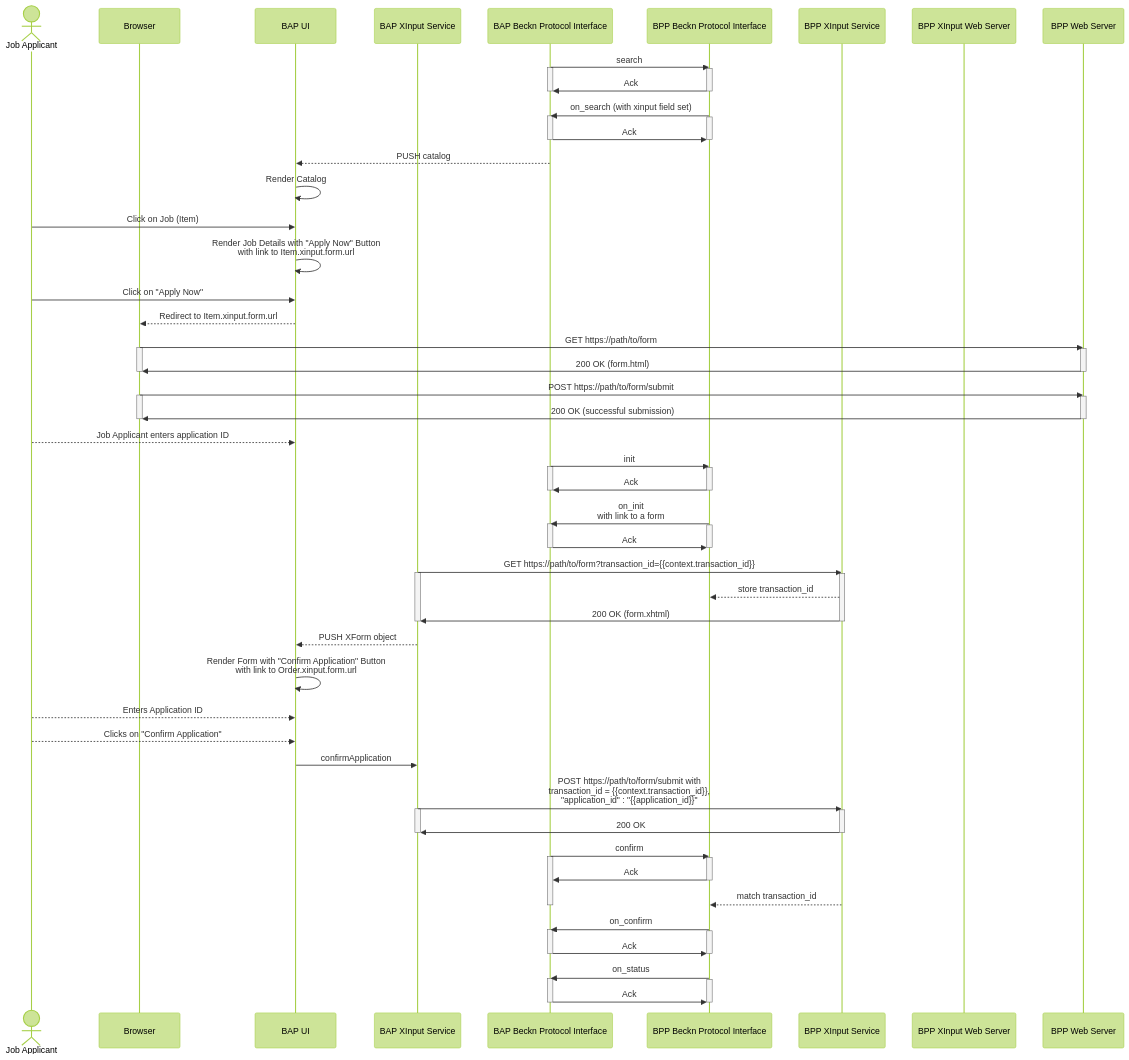
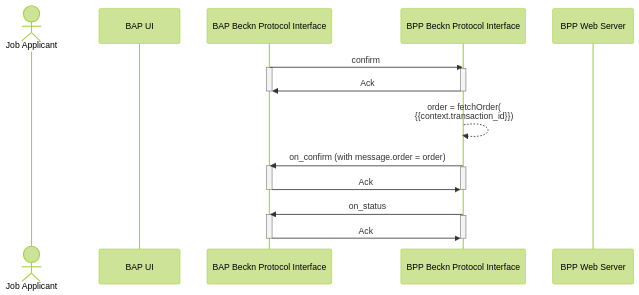
The third of 4 diagrams in docs/BECKN-007-The-XInput-Schema.md (beckn/protocol-specifications), drawn with Mermaid (forest theme) before and after one commit.

````diff
--- a/docs/BECKN-007-The-XInput-Schema.md
+++ b/docs/BECKN-007-The-XInput-Schema.md
@@ -375,87 +402,18 @@
 ```mermaid
     sequenceDiagram
     actor Job Applicant
-    participant Browser
     participant BAP UI
-    participant BAP XInput Service
     participant BAP Beckn Protocol Interface
     participant BPP Beckn Protocol Interface
-    participant BPP XInput Service
-    participant BPP XInput Web Server
-    BAP Beckn Protocol Interface->>BPP Beckn Protocol Interface: search
+    participant BPP Web Server
+    BAP Beckn Protocol Interface->>BPP Beckn Protocol Interface: confirm
     activate BAP Beckn Protocol Interface
     activate BPP Beckn Protocol Interface
     BPP Beckn Protocol Interface->>BAP Beckn Protocol Interface: Ack
     deactivate BPP Beckn Protocol Interface
     deactivate BAP Beckn Protocol Interface
-    BPP Beckn Protocol Interface->>BAP Beckn Protocol Interface: on_search (with xinput field set)
-    activate BAP Beckn Protocol Interface
-    activate BPP Beckn Protocol Interface
-    BAP Beckn Protocol Interface->>BPP Beckn Protocol Interface: Ack
-    deactivate BPP Beckn Protocol Interface
-    deactivate BAP Beckn Protocol Interface
-    BAP Beckn Protocol Interface -->> BAP UI: PUSH catalog
-    BAP UI ->> BAP UI: Render Catalog
-    Job Applicant ->> BAP UI: Click on Job (Item)
-    BAP UI ->> BAP UI: Render Job Details with "Apply Now" Button <br/> with link to Item.xinput.form.url
-    Job Applicant ->> BAP UI: Click on "Apply Now"
-    BAP UI -->> Browser: Redirect to Item.xinput.form.url
-    Browser ->> BPP Web Server: GET https://path/to/form
-    activate Browser
-    activate BPP Web Server
-    BPP Web Server ->> Browser: 200 OK (form.html)
-    deactivate Browser
-    deactivate BPP Web Server
-    Browser ->> BPP Web Server: POST https://path/to/form/submit
-    activate Browser
-    activate BPP Web Server
-    BPP Web Server ->> Browser: 200 OK (successful submission)
-    deactivate Browser
-    deactivate BPP Web Server
-    Job Applicant -->> BAP UI: Job Applicant enters application ID
-    BAP Beckn Protocol Interface->>BPP Beckn Protocol Interface: init
-    activate BAP Beckn Protocol Interface
-    activate BPP Beckn Protocol Interface
-    BPP Beckn Protocol Interface->>BAP Beckn Protocol Interface: Ack
-    deactivate BPP Beckn Protocol Interface
-    deactivate BAP Beckn Protocol Interface
-    BPP Beckn Protocol Interface->>BAP Beckn Protocol Interface: on_init <br/> with link to a form  
-    activate BAP Beckn Protocol Interface
-    activate BPP Beckn Protocol Interface
-    BAP Beckn Protocol Interface->>BPP Beckn Protocol Interface: Ack
-    deactivate BPP Beckn Protocol Interface
-    deactivate BAP Beckn Protocol Interface
-
-    % Get the form %
-    BAP XInput Service ->> BPP XInput Service: GET https://path/to/form?transaction_id={{context.transaction_id}}
-    activate BAP XInput Service 
-    activate BPP XInput Service
-    BPP XInput Service -->> BPP Beckn Protocol Interface: store transaction_id
-    BPP XInput Service ->> BAP XInput Service: 200 OK (form.xhtml)
-    deactivate BAP XInput Service
-    deactivate BPP XInput Service
-    BAP XInput Service -->> BAP UI: PUSH XForm object
-    BAP UI ->> BAP UI: Render Form with "Confirm Application" Button <br/> with link to Order.xinput.form.url
-    Job Applicant -->> BAP UI: Enters Application ID
-    Job Applicant -->> BAP UI: Clicks on "Confirm Application"
-    BAP UI ->> BAP XInput Service : confirmApplication
-    BAP XInput Service ->> BPP XInput Service: POST https://path/to/form/submit with <br/> transaction_id = {{context.transaction_id}}, <br/> "application_id" : "{{application_id}}" 
-    activate BAP XInput Service
-    activate BPP XInput Service
-    BPP XInput Service ->> BAP XInput Service: 200 OK
-    deactivate BAP XInput Service
-    deactivate BPP XInput Service
-
-
-    BAP Beckn Protocol Interface->>BPP Beckn Protocol Interface: confirm
-    activate BAP Beckn Protocol Interface
-    activate BPP Beckn Protocol Interface
-    BPP Beckn Protocol Interface->>BAP Beckn Protocol Interface: Ack
-    deactivate BPP Beckn Protocol Interface
-    BPP XInput Service -->> BPP Beckn Protocol Interface: match transaction_id
-  
-    deactivate BAP Beckn Protocol Interface
-    BPP Beckn Protocol Interface->>BAP Beckn Protocol Interface: on_confirm 
+    BPP Beckn Protocol Interface -->> BPP Beckn Protocol Interface: order = fetchOrder(<br/>{{context.transaction_id}})
+    BPP Beckn Protocol Interface->>BAP Beckn Protocol Interface: on_confirm (with message.order = order)
     activate BAP Beckn Protocol Interface
     activate BPP Beckn Protocol Interface
     BAP Beckn Protocol Interface->>BPP Beckn Protocol Interface: Ack
````
